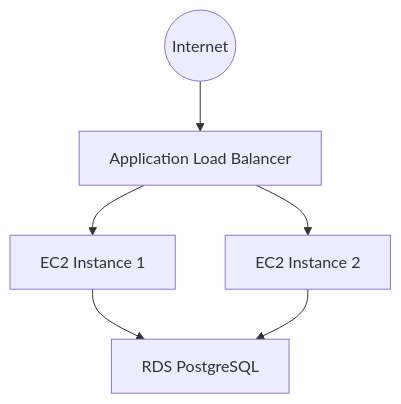
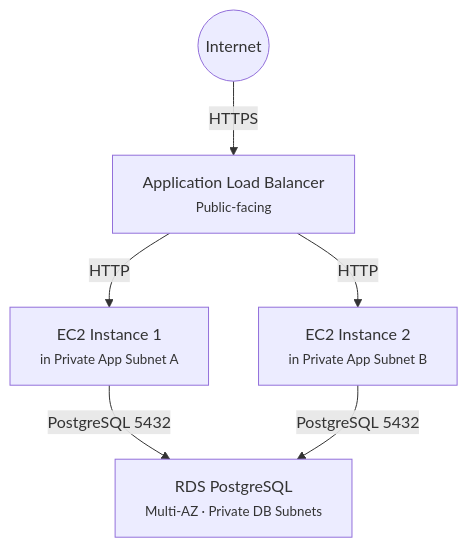
Before and after one commit to josephpipitone/megazone-cloud-tech-assessment: the diagram in appstack-C3/README.md, drawn with Mermaid. The commit also changed 1 other file, not shown here.

Commit message:
chore: updated mermaid diagrams

````diff
--- a/appstack-C3/README.md
+++ b/appstack-C3/README.md
@@ -13,14 +13,15 @@
 ```mermaid
 graph TB
     Internet((Internet))
-    ALB[Application Load Balancer]
-    EC2_1[EC2 Instance 1]
-    EC2_2[EC2 Instance 2]
-    RDS[RDS PostgreSQL]
+    ALB[Application Load Balancer<br/><small>Public-facing</small>]
+    EC2_1[EC2 Instance 1<br/><small>in Private App Subnet A</small>]
+    EC2_2[EC2 Instance 2<br/><small>in Private App Subnet B</small>]
+    RDS[RDS PostgreSQL<br/><small>Multi-AZ · Private DB Subnets</small>]
 
-    Internet --> ALB
-    ALB --> EC2_1
-    ALB --> EC2_2
-    EC2_1 --> RDS
-    EC2_2 --> RDS
+    Internet -->|HTTPS| ALB
+    ALB -->|HTTP| EC2_1
+    ALB -->|HTTP| EC2_2
+
+    EC2_1 -->|PostgreSQL 5432| RDS
+    EC2_2 -->|PostgreSQL 5432| RDS
 ```
````
